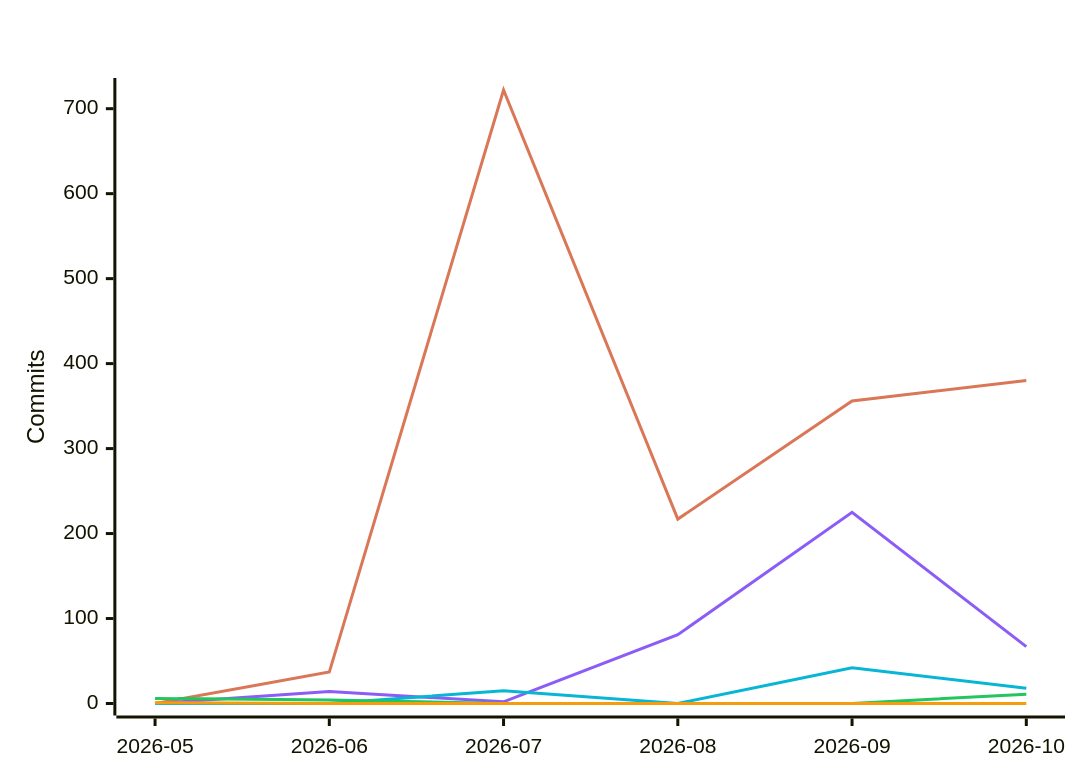
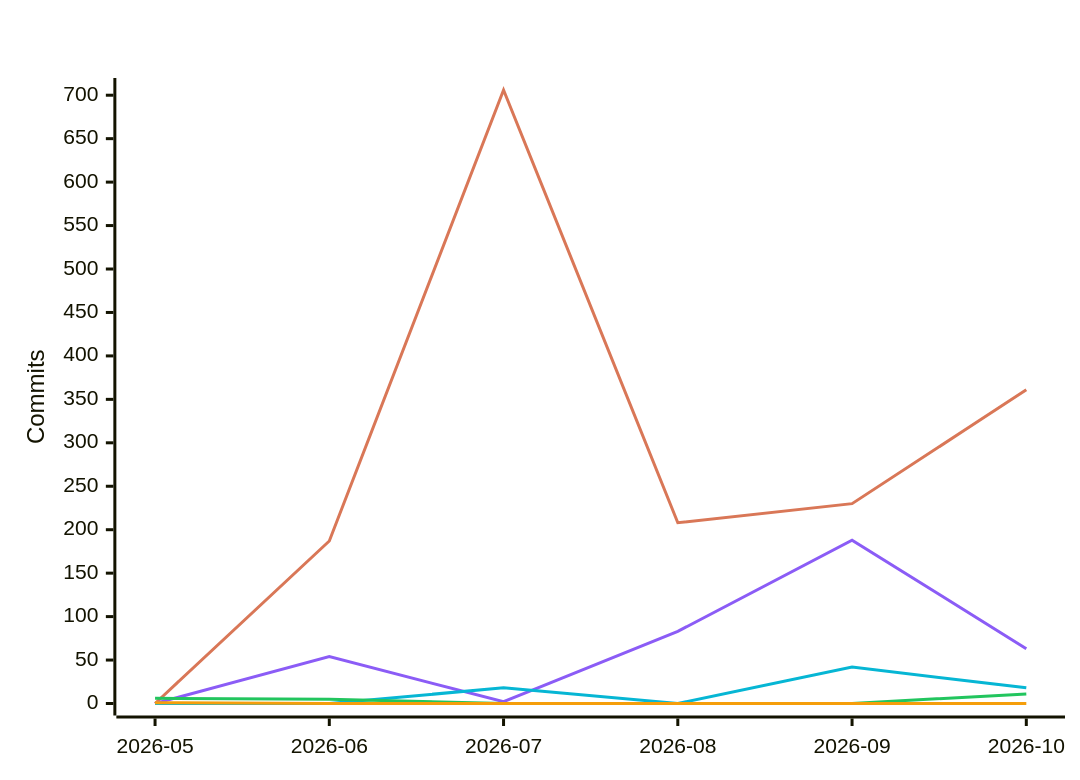
One commit to polo-nyan/polo-nyan changed the fifth of 7 diagrams in README.md. Above: the diagram before and after it, drawn with Mermaid. The commit also changed other lines of this file and 1 other file, not shown here.

````diff
--- a/README.md
+++ b/README.md
@@ -313,12 +313,12 @@
 ```mermaid
 %%{init: {"xyChart": {"titleColor": "#ffffff", "xAxisLabelColor": "#ffffff", "yAxisLabelColor": "#ffffff"}, "themeVariables": {"xyChart": {"titleColor": "#ffffff", "plotColorPalette": "#d97757, #8b5cf6, #06b6d4, #22c55e, #f59e0b, #ec4899"}}}}%%
 xychart-beta
     title "Commits Per Month by Model Family"
     x-axis ["2026-05", "2026-06", "2026-07", "2026-08", "2026-09", "2026-10"]
     y-axis "Commits"
-    line [0, 37, 722, 217, 356, 380]
-    line [0, 14, 2, 81, 225, 67]
-    line [0, 0, 15, 0, 42, 18]
-    line [6, 4, 0, 0, 0, 11]
+    line [0, 187, 706, 208, 230, 361]
+    line [0, 54, 2, 83, 188, 63]
+    line [0, 0, 18, 0, 42, 18]
+    line [6, 5, 0, 0, 0, 11]
     line [1, 0, 0, 0, 0, 0]
 ```
````
